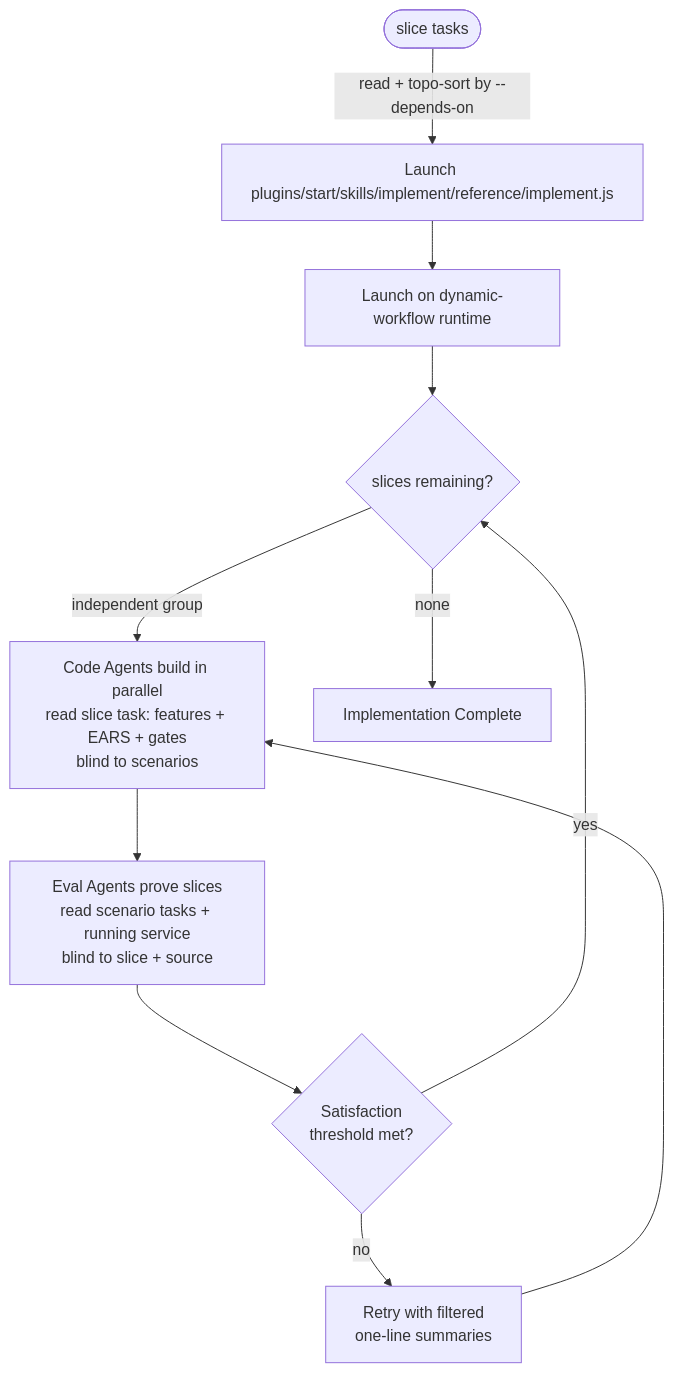
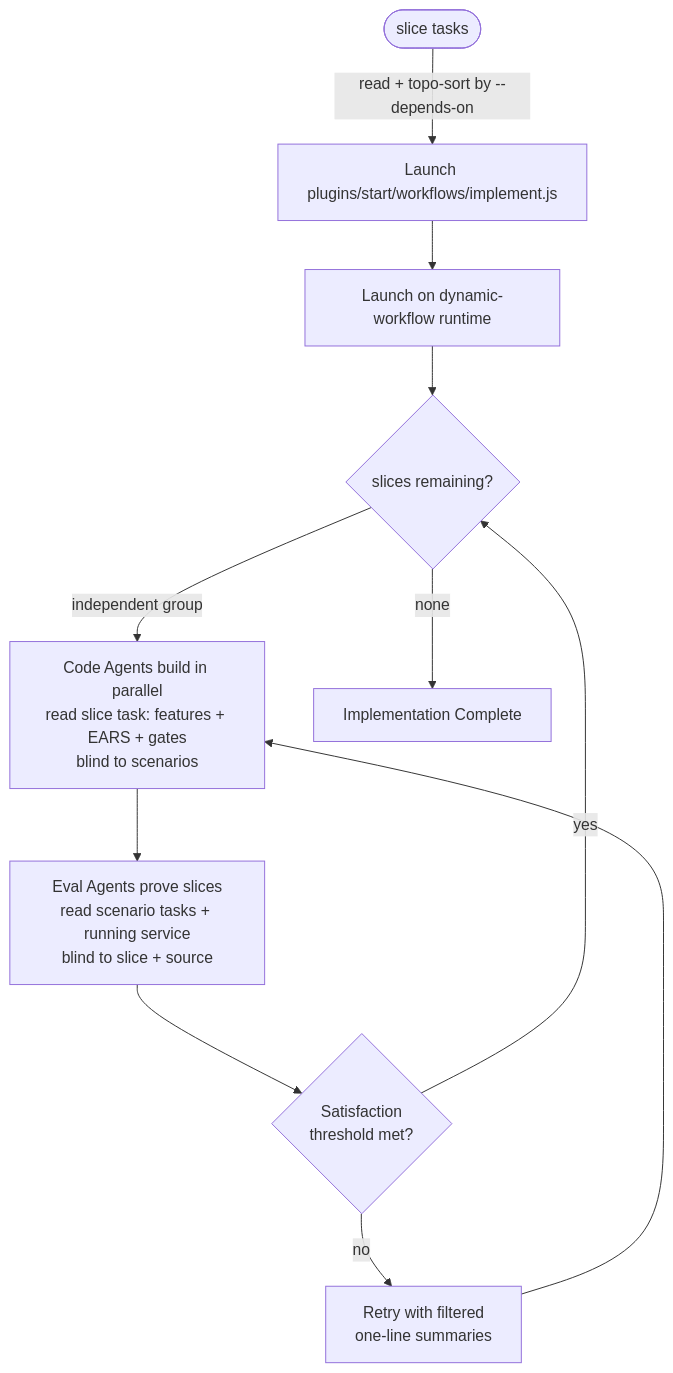
The second of 10 diagrams in plugins/start/README.md (rsmdt/the-startup), drawn with Mermaid before and after one commit. The commit also changed other lines of this file and 15 other files, not shown here.

First line of the commit message:
refactor(start): ship workflow scripts from plugins/start/workflows/

````diff
--- a/plugins/start/README.md
+++ b/plugins/start/README.md
@@ -120,13 +120,13 @@
 ```mermaid
 flowchart TD
-    A([slice tasks]) --> |read + topo-sort by --depends-on| B[Launch plugins/start/skills/implement/reference/implement.js]
+    A([slice tasks]) --> |read + topo-sort by --depends-on| B[Launch plugins/start/workflows/implement.js]
     B --> C[Launch on dynamic-workflow runtime]
     C --> D{slices remaining?}
     D --> |independent group| E[Code Agents build in parallel<br/>read slice task: features + EARS + gates<br/>blind to scenarios]
     E --> F[Eval Agents prove slices<br/>read scenario tasks + running service<br/>blind to slice + source]
     F --> G{Satisfaction<br>threshold met?}
     G --> |no| H[Retry with filtered<br/>one-line summaries]
     H --> E
     G --> |yes| D
     D --> |none| END[Implementation Complete]
 ```
````
